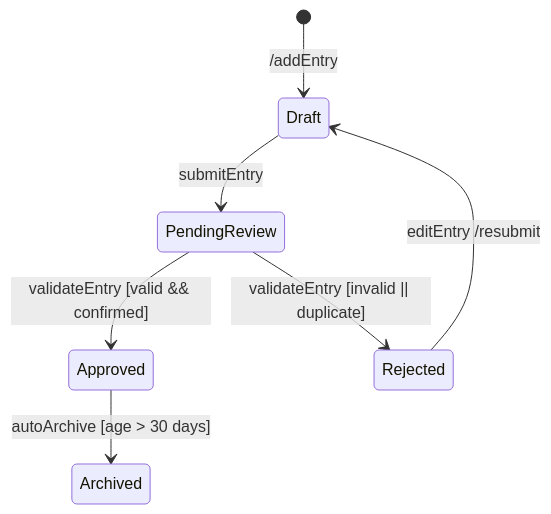
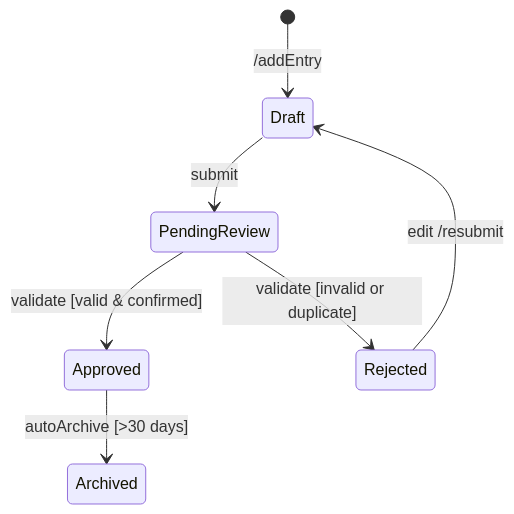
The second of 2 diagrams in State_Transition_Diagrams.md (NdumisoCPUT/informal-business-management), drawn with Mermaid before and after one commit.

````diff
--- a/State_Transition_Diagrams.md
+++ b/State_Transition_Diagrams.md
@@ -20,9 +20,10 @@
 ```mermaid
 stateDiagram-v2
     [*] --> Draft : /addEntry
-    Draft --> PendingReview : submitEntry
-    PendingReview --> Approved : validateEntry [valid && confirmed]
-    PendingReview --> Rejected : validateEntry [invalid || duplicate]
-    Rejected --> Draft : editEntry /resubmit
-    Approved --> Archived : autoArchive [age > 30 days]
+    Draft --> PendingReview : submit
+    PendingReview --> Approved : validate [valid & confirmed]
+    PendingReview --> Rejected : validate [invalid or duplicate]
+    Rejected --> Draft : edit /resubmit
+    Approved --> Archived : autoArchive [>30 days]
+
 ```
````
